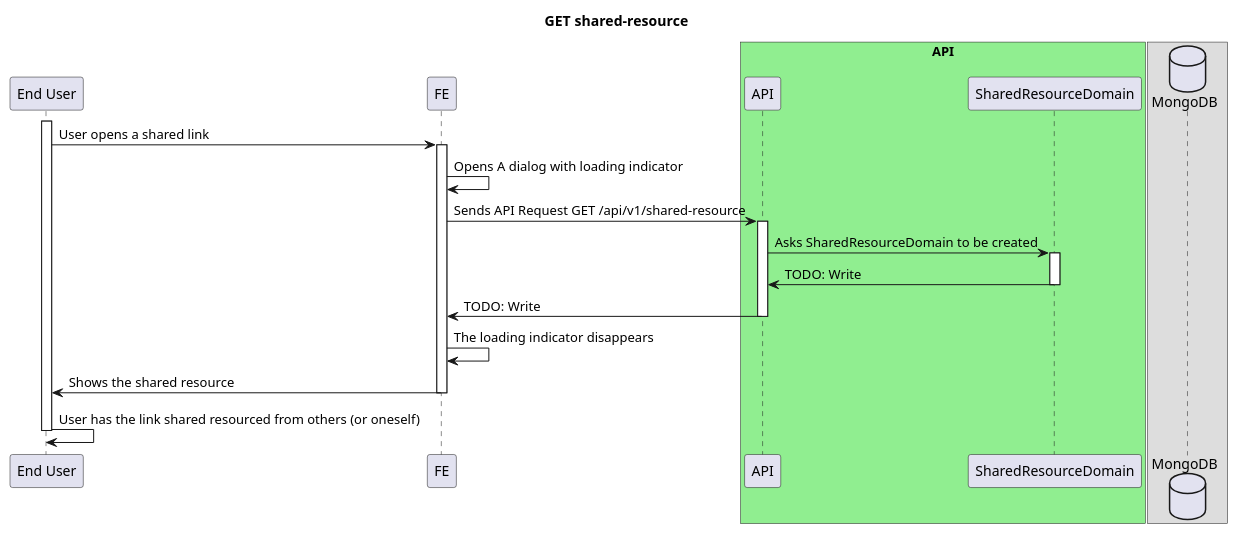
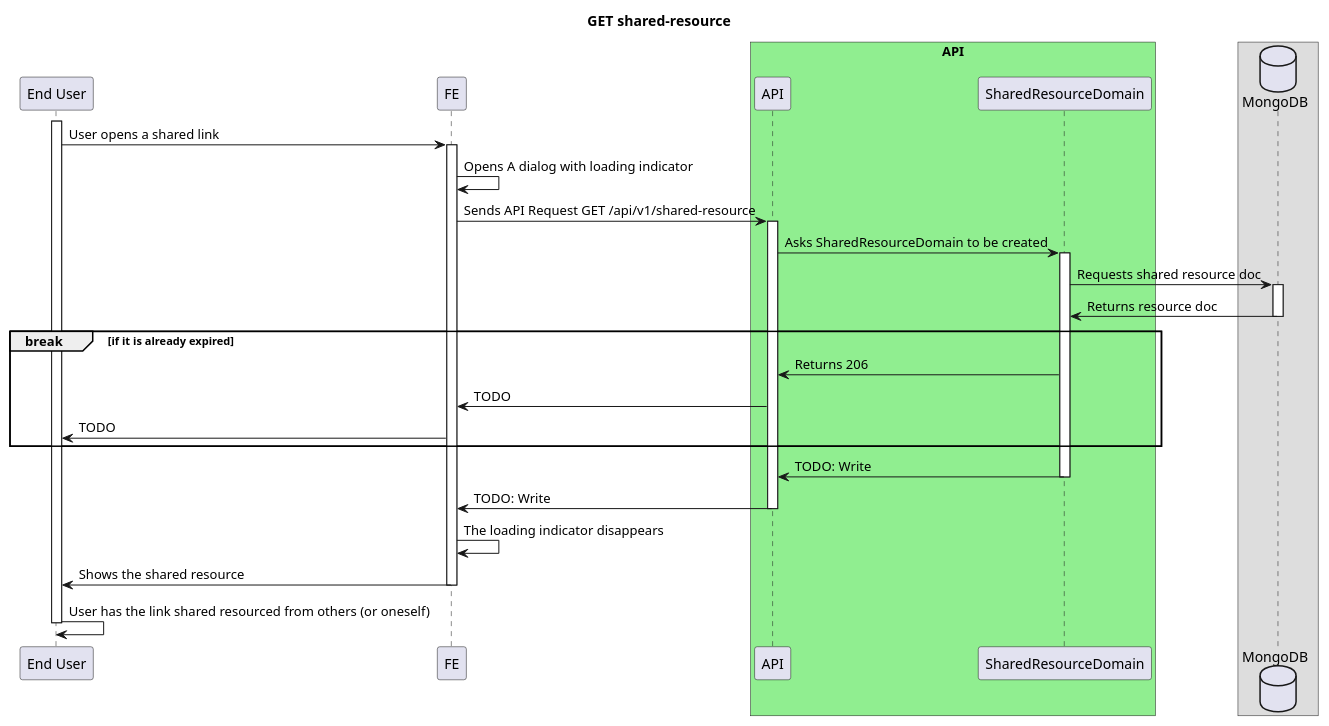
The second of 2 diagrams in api/share-feature.md (ajktown/docs), drawn with PlantUML before and after one commit.

Commit message:
doc: boilerpalte

````diff
--- a/api/share-feature.md
+++ b/api/share-feature.md
@@ -91,34 +91,43 @@
 ```plantuml
 
 @startuml
 
 title GET shared-resource
 
 participant "End User" as user
 participant "FE" as fe
 box "API" #Lightgreen
   participant "API" as api
   participant "SharedResourceDomain" as domain
 box
 database "MongoDB" as db
 
 activate user
   user -> fe: User opens a shared link
   activate fe
     fe -> fe: Opens A dialog with loading indicator
     fe -> api: Sends API Request GET /api/v1/shared-resource
     activate api
       api -> domain: Asks SharedResourceDomain to be created
       activate domain
+        domain -> db: Requests shared resource doc
+        activate db
+          domain <- db: Returns resource doc
+        deactivate db
+        break if it is already expired
+        api <- domain: Returns 206
+        fe <- api: TODO
+        user <- fe: TODO
+        end break
         api <- domain: TODO: Write
       deactivate domain
       fe <- api: TODO: Write
     deactivate api
   fe -> fe: The loading indicator disappears
   user <- fe: Shows the shared resource
   deactivate fe
   user -> user: User has the link shared resourced from others (or oneself)
 deactivate user
 
 
 ```
````
